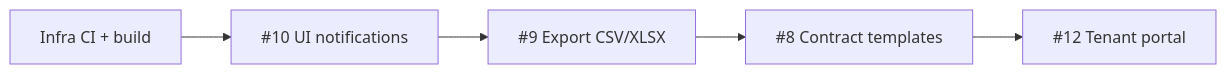
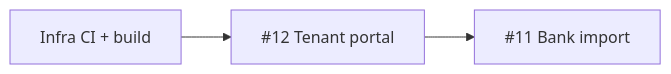
The diagram in docs/PRIORITIES.md (vladweat/landlords), drawn with Mermaid before and after one commit. The commit also changed other lines of this file and 45 other files, not shown here.

First line of the commit message:
feat: add contract templates, notification bell, and report export

````diff
--- a/docs/PRIORITIES.md
+++ b/docs/PRIORITIES.md
@@ -28,13 +28,9 @@
 ```mermaid
 flowchart LR
   infra[Infra CI + build]
-  bell[#10 UI notifications]
-  export[#9 Export CSV/XLSX]
-  tpl[#8 Contract templates]
   tenant[#12 Tenant portal]
+  bank[#11 Bank import]
 
-  infra --> bell
-  bell --> export
-  export --> tpl
-  tpl --> tenant
+  infra --> tenant
+  tenant --> bank
 ```
````
